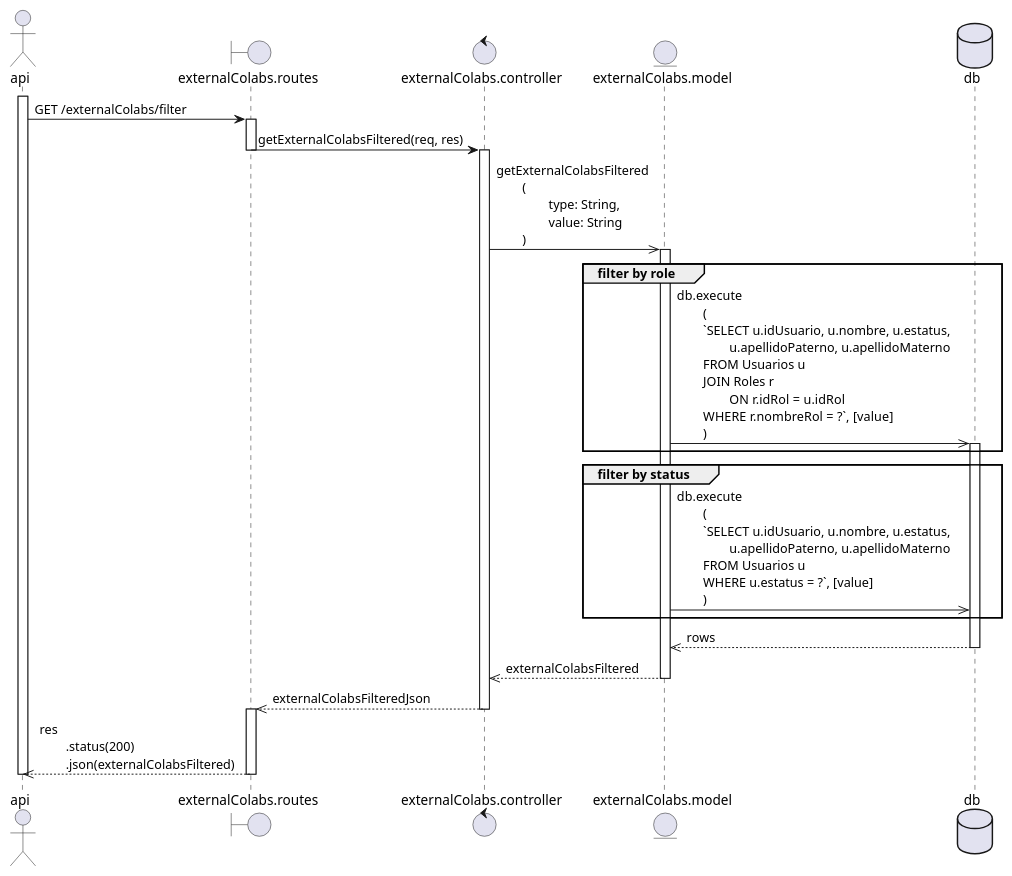
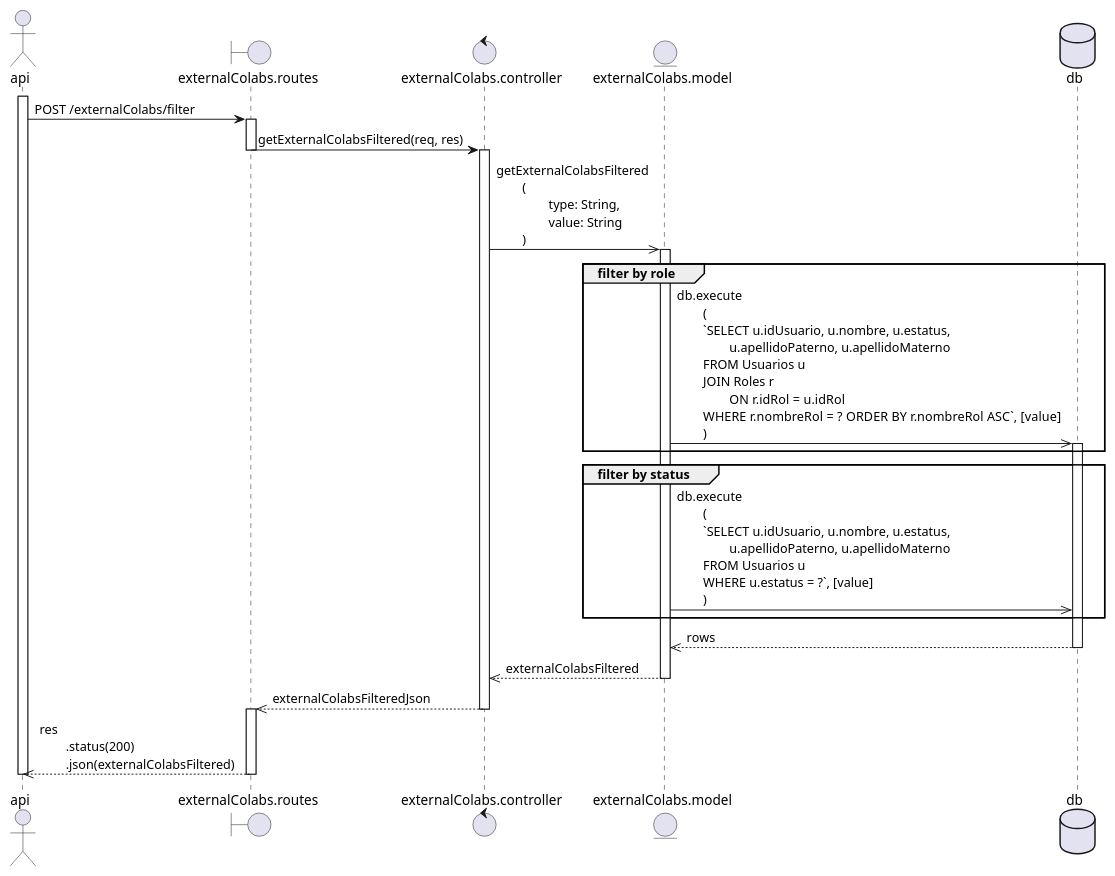
One commit to OlimpoHub/backend changed the diagram in Diagrams/filterExternalColabsBACK.puml. Above: the diagram before and after it, drawn with PlantUML. The commit also changed 2 other files, not shown here.

Commit message:
[ADD] secuence diagram for searching external colabs us ready

```diff
--- a/Diagrams/filterExternalColabsBACK.puml
+++ b/Diagrams/filterExternalColabsBACK.puml
@@ -1,43 +1,43 @@
 @startuml
 
 actor api
 boundary externalColabs.routes as routes
 control externalColabs.controller as controller
 entity externalColabs.model as model
 database db
 
 activate api
-api -> routes: GET /externalColabs/filter
+api -> routes: POST /externalColabs/filter
 
 activate routes
 routes -> controller: getExternalColabsFiltered(req, res)
 deactivate routes
 
 activate controller
 controller ->> model: getExternalColabsFiltered\n\t(\n\t\ttype: String, \n\t\tvalue: String\n\t)
 
 activate model
 
 group filter by role
-    model ->> db: db.execute\n\t(\n\t`SELECT u.idUsuario, u.nombre, u.estatus,\n\t\tu.apellidoPaterno, u.apellidoMaterno \n\tFROM Usuarios u \n\tJOIN Roles r \n\t\tON r.idRol = u.idRol \n\tWHERE r.nombreRol = ?`, [value]\n\t)
+    model ->> db: db.execute\n\t(\n\t`SELECT u.idUsuario, u.nombre, u.estatus,\n\t\tu.apellidoPaterno, u.apellidoMaterno \n\tFROM Usuarios u \n\tJOIN Roles r \n\t\tON r.idRol = u.idRol \n\tWHERE r.nombreRol = ? ORDER BY r.nombreRol ASC`, [value]\n\t)
     activate db
 end
 
 group filter by status
     model ->> db: db.execute\n\t(\n\t`SELECT u.idUsuario, u.nombre, u.estatus,\n\t\tu.apellidoPaterno, u.apellidoMaterno \n\tFROM Usuarios u \n\tWHERE u.estatus = ?`, [value]\n\t)
 end
 
 db -->> model: rows
 deactivate db
 
 model -->> controller: externalColabsFiltered
 deactivate model
 
 controller -->> routes: externalColabsFilteredJson
 deactivate controller
 
 activate routes
 routes -->> api: res\n\t.status(200)\n\t.json(externalColabsFiltered)
 deactivate routes
 deactivate api
 @enduml
```
